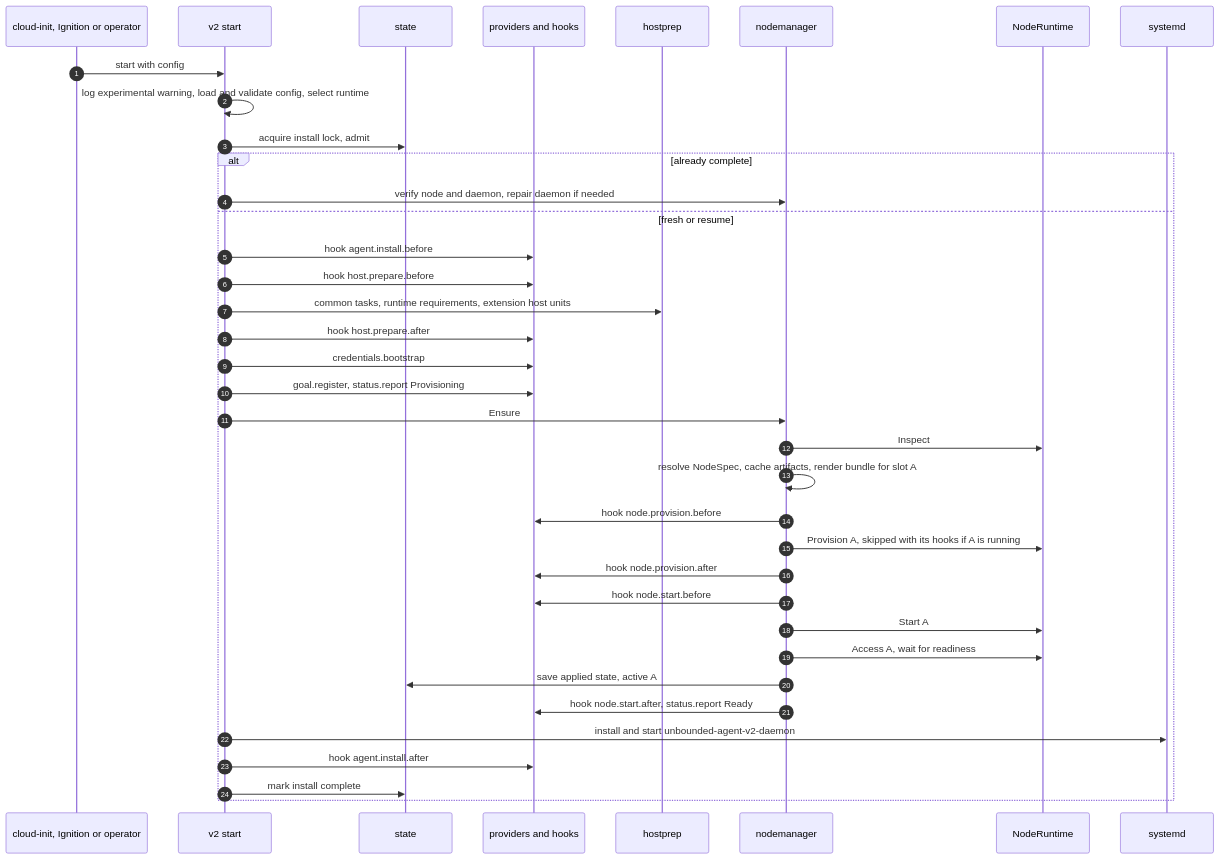
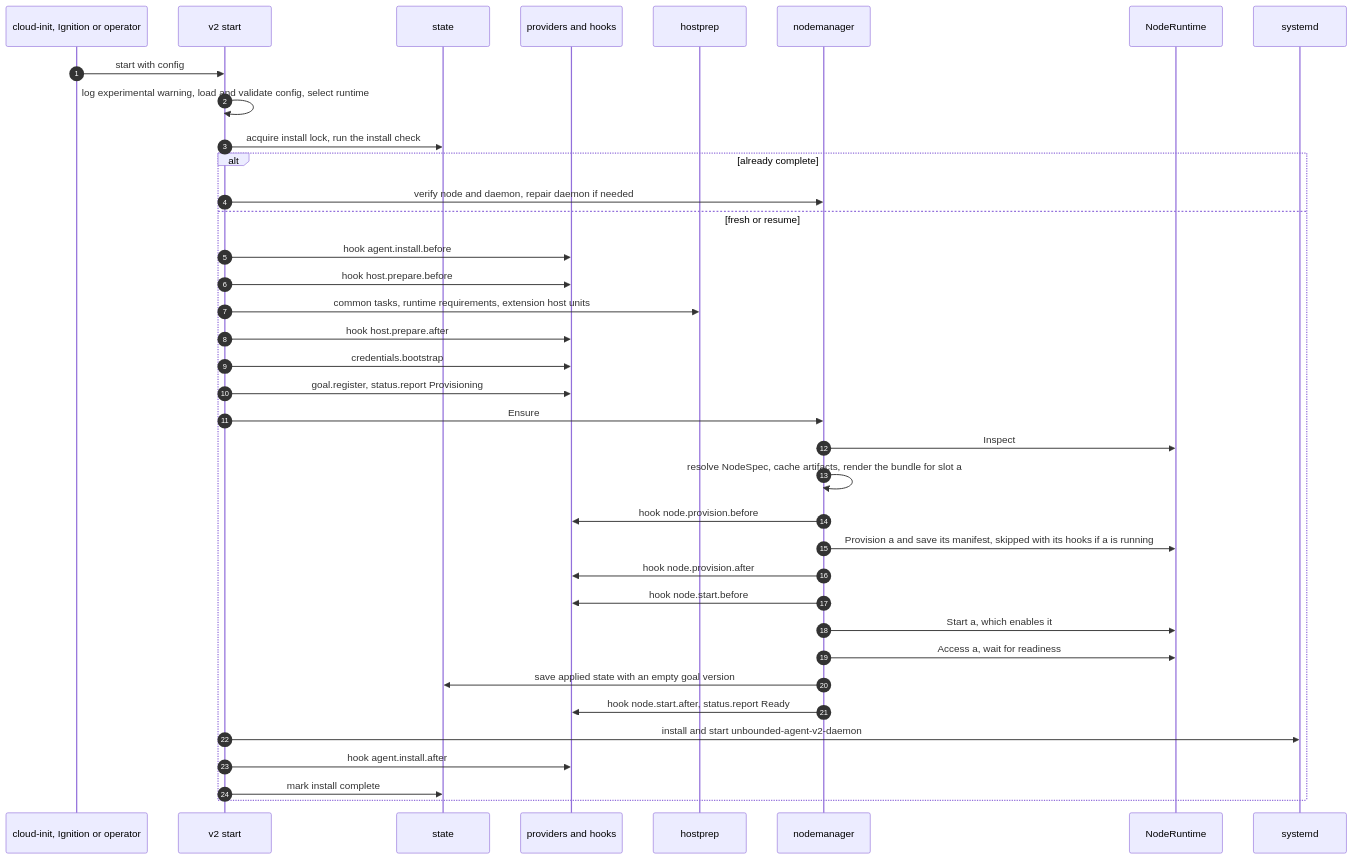
Before and after one commit to Azure/unbounded: the third of 9 diagrams in designs/agent-v2.md, drawn with Mermaid. The commit also changed other lines of this file and 1 other file, not shown here.

````diff
--- a/designs/agent-v2.md
+++ b/designs/agent-v2.md
@@ -1025,39 +1114,39 @@
 ```mermaid
 sequenceDiagram
   autonumber
   participant Op as cloud-init, Ignition or operator
   participant CLI as v2 start
   participant St as state
   participant Px as providers and hooks
   participant HP as hostprep
   participant NM as nodemanager
   participant RT as NodeRuntime
   participant SD as systemd
   Op->>CLI: start with config
   CLI->>CLI: log experimental warning, load and validate config, select runtime
-  CLI->>St: acquire install lock, admit
+  CLI->>St: acquire install lock, run the install check
   alt already complete
     CLI->>NM: verify node and daemon, repair daemon if needed
   else fresh or resume
     CLI->>Px: hook agent.install.before
     CLI->>Px: hook host.prepare.before
     CLI->>HP: common tasks, runtime requirements, extension host units
     CLI->>Px: hook host.prepare.after
     CLI->>Px: credentials.bootstrap
     CLI->>Px: goal.register, status.report Provisioning
     CLI->>NM: Ensure
     NM->>RT: Inspect
-    NM->>NM: resolve NodeSpec, cache artifacts, render bundle for slot A
+    NM->>NM: resolve NodeSpec, cache artifacts, render the bundle for slot a
     NM->>Px: hook node.provision.before
-    NM->>RT: Provision A, skipped with its hooks if A is running
+    NM->>RT: Provision a and save its manifest, skipped with its hooks if a is running
     NM->>Px: hook node.provision.after
     NM->>Px: hook node.start.before
-    NM->>RT: Start A
-    NM->>RT: Access A, wait for readiness
-    NM->>St: save applied state, active A
+    NM->>RT: Start a, which enables it
+    NM->>RT: Access a, wait for readiness
+    NM->>St: save applied state with an empty goal version
     NM->>Px: hook node.start.after, status.report Ready
     CLI->>SD: install and start unbounded-agent-v2-daemon
     CLI->>Px: hook agent.install.after
     CLI->>St: mark install complete
   end
 ```
````
